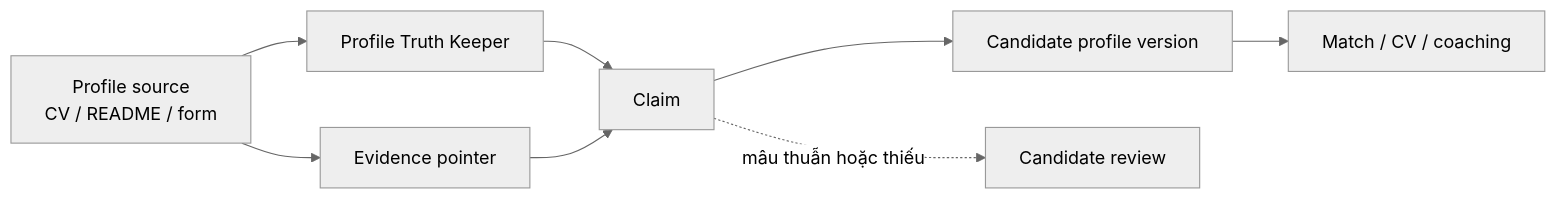
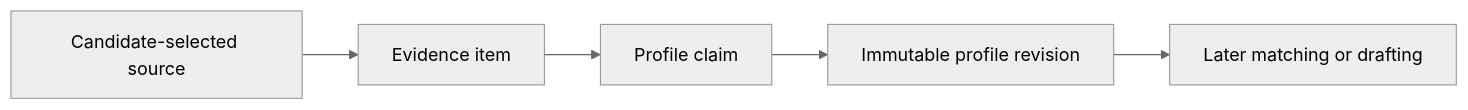
Before and after one commit to nauqpm/career-copilot: the diagram in docs/specs/local-it-career-workstation/04-profile-and-evidence.md, drawn with Mermaid (neutral theme). The commit also changed other lines of this file and 19 other files, not shown here.

First line of the commit message:
feat: add M2 profile evidence and immutable versions (#5)

````diff
--- a/docs/specs/local-it-career-workstation/04-profile-and-evidence.md
+++ b/docs/specs/local-it-career-workstation/04-profile-and-evidence.md
@@ -27,10 +71,7 @@
 ```mermaid
 flowchart LR
-  Source[Profile source\nCV / README / form] --> Extract[Profile Truth Keeper]
-  Extract --> Fact[Claim]
-  Source --> Evidence[Evidence pointer]
-  Evidence --> Fact
-  Fact --> Profile[Candidate profile version]
-  Profile --> Match[Match / CV / coaching]
-  Fact -.mâu thuẫn hoặc thiếu.-> Review[Candidate review]
+  Source[Candidate-selected source] --> Evidence[Evidence item]
+  Evidence --> Claim[Profile claim]
+  Claim --> Revision[Immutable profile revision]
+  Revision --> Future[Later matching or drafting]
 ```
````
